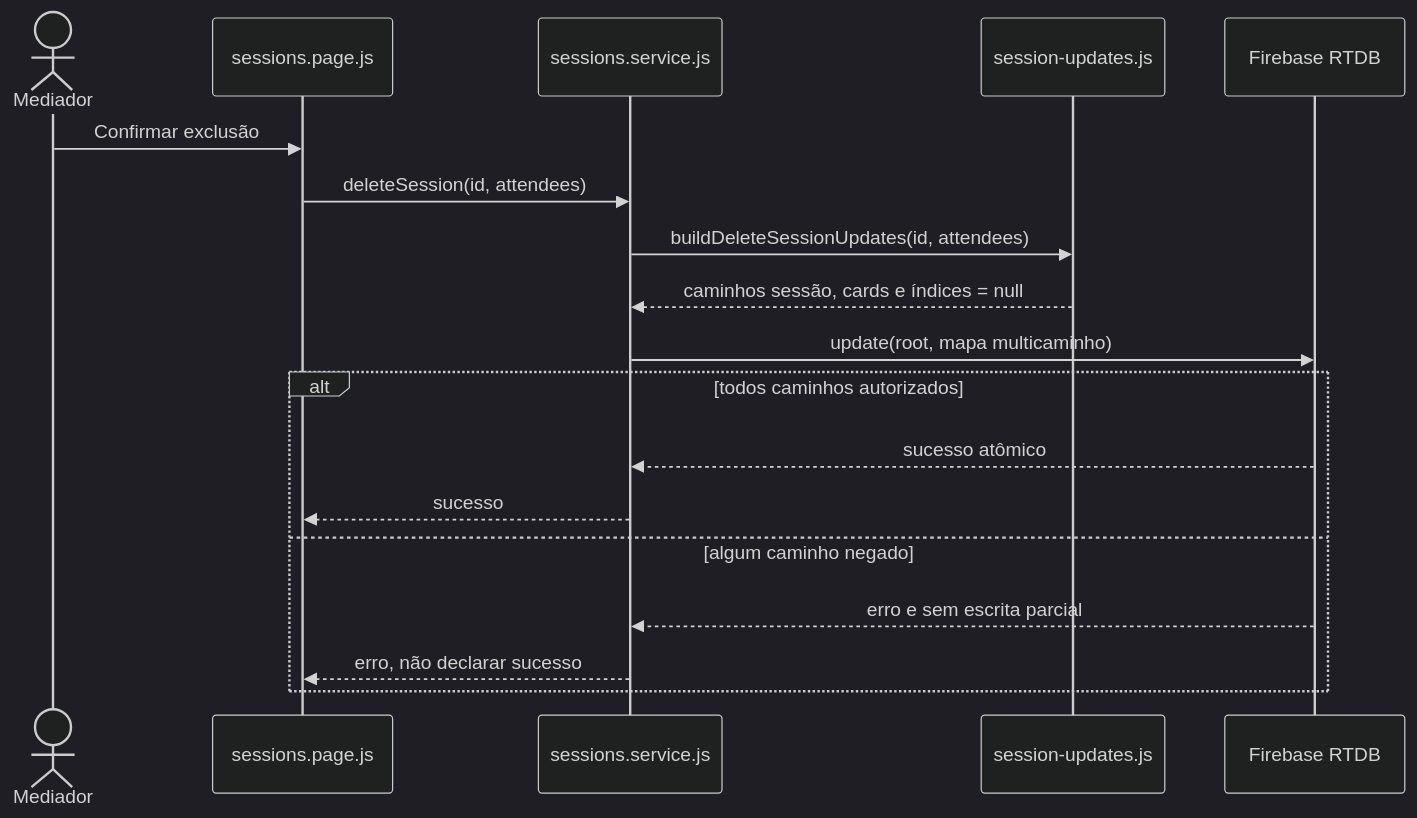
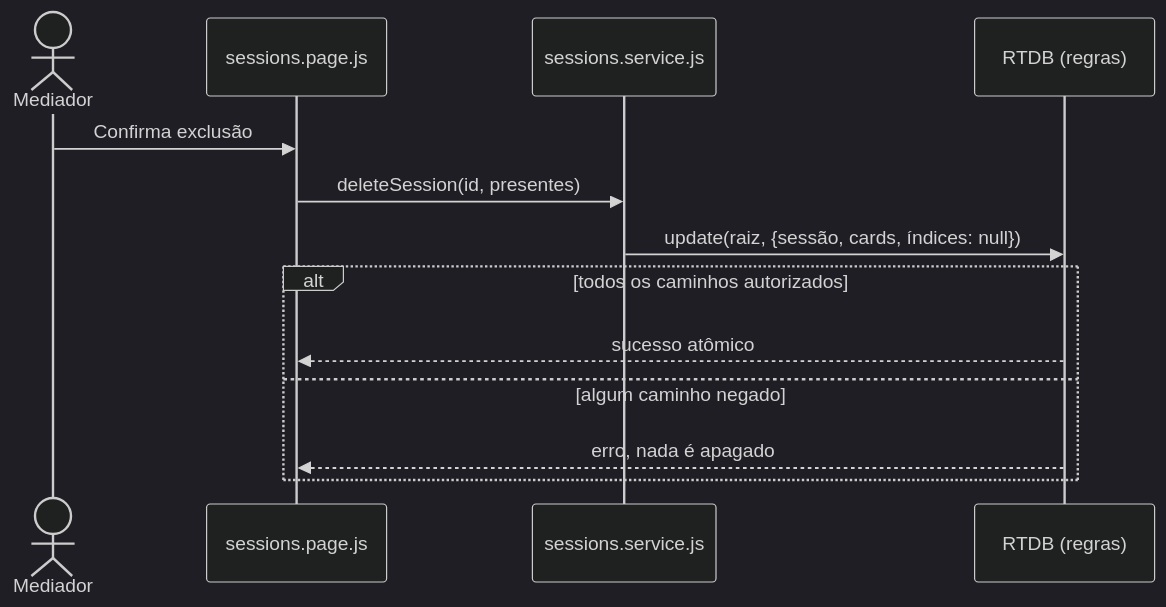
The ninth of 14 diagrams in docs/diagramas/DIAGRAMAS.md (Lucas-Sperotto/fluencircle-website), drawn with Mermaid (dark theme) before and after one commit. The commit also changed other lines of this file and 3 other files, not shown here.

First line of the commit message:
docs(engenharia): add access matrix, refresh AS-IS/TO-BE diagrams and requirement traceability

````diff
--- a/docs/diagramas/DIAGRAMAS.md
+++ b/docs/diagramas/DIAGRAMAS.md
@@ -205,20 +234,15 @@
 ```mermaid
 sequenceDiagram
     actor M as Mediador
     participant UI as sessions.page.js
     participant S as sessions.service.js
-    participant MAP as session-updates.js
-    participant RTDB as Firebase RTDB
-    M->>UI: Confirmar exclusão
-    UI->>S: deleteSession(id, attendees)
-    S->>MAP: buildDeleteSessionUpdates(id, attendees)
-    MAP-->>S: caminhos sessão, cards e índices = null
-    S->>RTDB: update(root, mapa multicaminho)
-    alt todos caminhos autorizados
-        RTDB-->>S: sucesso atômico
-        S-->>UI: sucesso
+    participant RTDB as RTDB (regras)
+    M->>UI: Confirma exclusão
+    UI->>S: deleteSession(id, presentes)
+    S->>RTDB: update(raiz, {sessão, cards, índices: null})
+    alt todos os caminhos autorizados
+        RTDB-->>UI: sucesso atômico
     else algum caminho negado
-        RTDB-->>S: erro e sem escrita parcial
-        S-->>UI: erro, não declarar sucesso
+        RTDB-->>UI: erro, nada é apagado
     end
 ```
````
